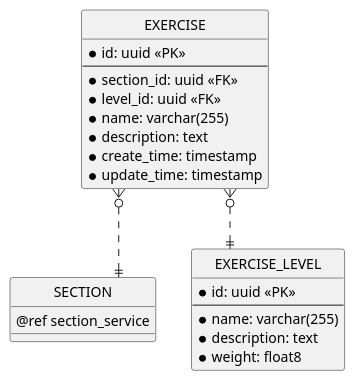
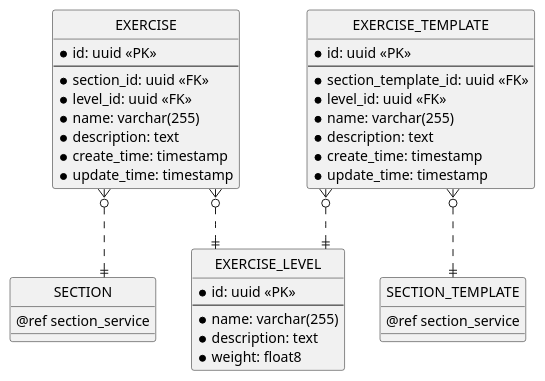
The tenth of 13 diagrams in erd.md (chungnguyenbkcse/ERD-USECASE-KIDSDRAWING), drawn with PlantUML before and after one commit. The commit also changed other lines of this file and 2 other files, not shown here.

````diff
--- a/erd.md
+++ b/erd.md
@@ -523,36 +535,53 @@
 ```plantuml
 @startuml exercise_service
 ' hide the spot
 hide circle
 
 ' avoid problems with angled crows feet
 skinparam linetype ortho
 
 entity "SECTION" as section {
     @ref section_service
 }
 
 entity "EXERCISE_LEVEL" as exercise_level {
     * id: uuid <<PK>>
     --
     * name: varchar(255)
     * description: text
     * weight: float8
 }
 
 entity "EXERCISE" as exercise {
     * id: uuid <<PK>>
     --
     * section_id: uuid <<FK>>
     * level_id: uuid <<FK>>
     * name: varchar(255)
     * description: text
     * create_time: timestamp
     * update_time: timestamp
 }
 
+entity "EXERCISE_TEMPLATE" as exercise_template {
+    * id: uuid <<PK>>
+    --
+    * section_template_id: uuid <<FK>>
+    * level_id: uuid <<FK>>
+    * name: varchar(255)
+    * description: text
+    * create_time: timestamp
+    * update_time: timestamp
+}
+
+entity "SECTION_TEMPLATE" as section_template {
+    @ref section_service
+}
+
 ' Exercise Relationship
 exercise }o..|| exercise_level
 exercise }o..|| section
+exercise_template }o..|| exercise_level
+exercise_template }o..|| section_template
 @enduml
 ```
````
